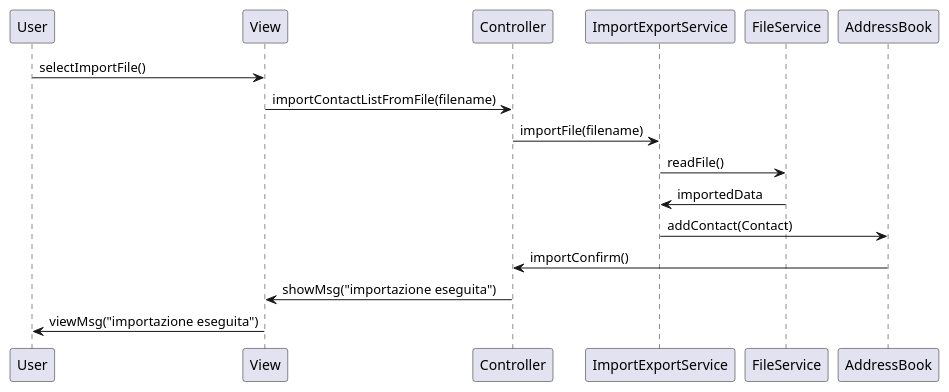
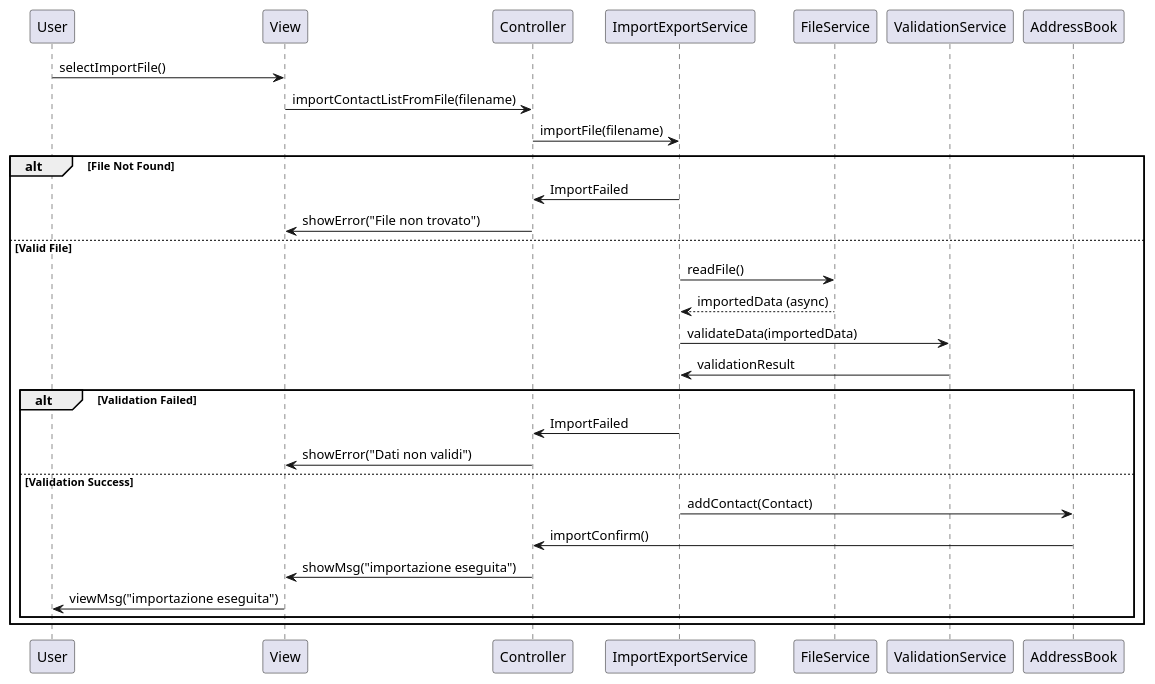
One commit to francescopeluso/SWE-Project changed the diagram in SequenceDiagrams/ImportSequenceDiagram.puml. Above: the diagram before and after it, drawn with PlantUML. The commit also changed 20 other files, not shown here.

Commit message:
aggiornati i diagrammi di sequenza

```diff
--- a/SequenceDiagrams/ImportSequenceDiagram.puml
+++ b/SequenceDiagrams/ImportSequenceDiagram.puml
@@ -1,12 +1,26 @@
 @startuml
 User -> View: selectImportFile()
 View -> Controller: importContactListFromFile(filename)
-Controller -> ImportExportService:  importFile(filename)
-ImportExportService -> FileService: readFile()
-FileService -> ImportExportService: importedData
-ImportExportService -> AddressBook: addContact(Contact)
-AddressBook -> Controller: importConfirm()
-Controller -> View: showMsg("importazione eseguita")
-View -> User: viewMsg("importazione eseguita")
+Controller -> ImportExportService: importFile(filename)
 
+alt File Not Found
+  ImportExportService -> Controller: ImportFailed
+  Controller -> View: showError("File non trovato")
+else Valid File
+  ImportExportService -> FileService: readFile()
+  FileService --> ImportExportService: importedData (async)
+
+  ImportExportService -> ValidationService: validateData(importedData)
+  ValidationService -> ImportExportService: validationResult
+
+  alt Validation Failed
+    ImportExportService -> Controller: ImportFailed
+    Controller -> View: showError("Dati non validi")
+  else Validation Success
+    ImportExportService -> AddressBook: addContact(Contact)
+    AddressBook -> Controller: importConfirm()
+    Controller -> View: showMsg("importazione eseguita")
+    View -> User: viewMsg("importazione eseguita")
+  end
+end
 @enduml
```
